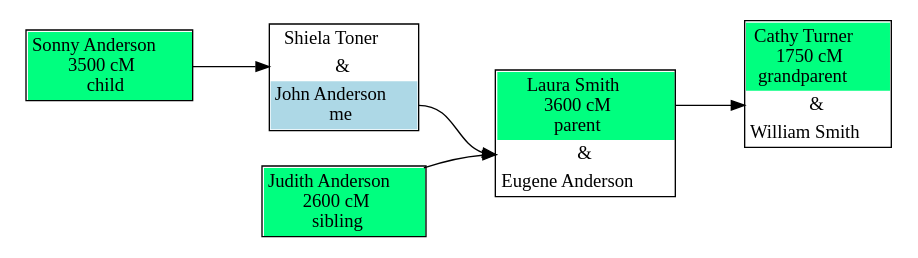
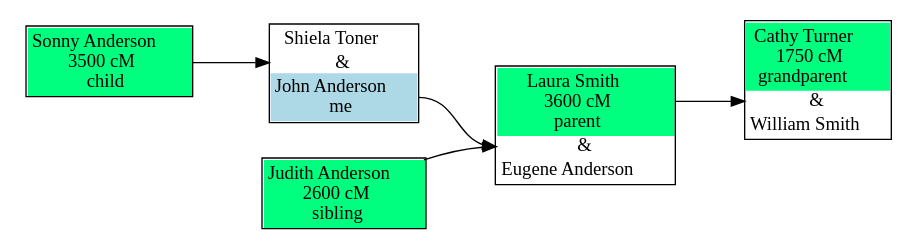
One commit to johnandrea/draw-dna-matches changed the diagram in test-data/small.dot. Above: the diagram before and after it, drawn with Graphviz. The commit also changed 14 other files, not shown here.

```diff
--- a/test-data/small.dot
+++ b/test-data/small.dot
@@ -1,34 +1,34 @@
 digraph family {
 node [shape=plaintext];
 rankdir=LR;
 f16 [label=<
 <table cellpadding="3" border="1" cellspacing="0" cellborder="0">
 <tr><td port="w" bgcolor="springgreen">Cathy Turner<br/>1750 cM<br/>grandparent</td></tr>
-<tr><td port="u">&amp;</td></tr>
+<tr><td port="u" cellpadding="0" cellspacing="0">&amp;</td></tr>
 <tr><td port="h">William Smith</td></tr>
 </table>>];
 f17 [label=<
 <table cellpadding="3" border="1" cellspacing="0" cellborder="0">
 <tr><td port="w" bgcolor="springgreen">Laura Smith<br/>3600 cM<br/>parent</td></tr>
-<tr><td port="u">&amp;</td></tr>
+<tr><td port="u" cellpadding="0" cellspacing="0">&amp;</td></tr>
 <tr><td port="h">Eugene Anderson</td></tr>
 </table>>];
 f21 [label=<
 <table cellpadding="3" border="1" cellspacing="0" cellborder="0">
 <tr><td port="w">Shiela Toner</td></tr>
-<tr><td port="u">&amp;</td></tr>
+<tr><td port="u" cellpadding="0" cellspacing="0">&amp;</td></tr>
 <tr><td port="h" bgcolor="lightblue">John Anderson<br/>me</td></tr>
+</table>>];
+i49 [label=<
+<table cellpadding="3" border="1" cellspacing="0" cellborder="0">
+<tr><td port="i" bgcolor="springgreen">Judith Anderson<br/>2600 cM<br/>sibling</td></tr>
 </table>>];
 i48 [label=<
 <table cellpadding="3" border="1" cellspacing="0" cellborder="0">
 <tr><td port="i" bgcolor="springgreen">Sonny Anderson<br/>3500 cM<br/>child</td></tr>
 </table>>];
-i49 [label=<
-<table cellpadding="3" border="1" cellspacing="0" cellborder="0">
-<tr><td port="i" bgcolor="springgreen">Judith Anderson<br/>2600 cM<br/>sibling</td></tr>
-</table>>];
+f17:w -> f16:u;
 i49:i -> f17:u;
 i48:i -> f21:u;
 f21:h -> f17:u;
-f17:w -> f16:u;
 }
```
